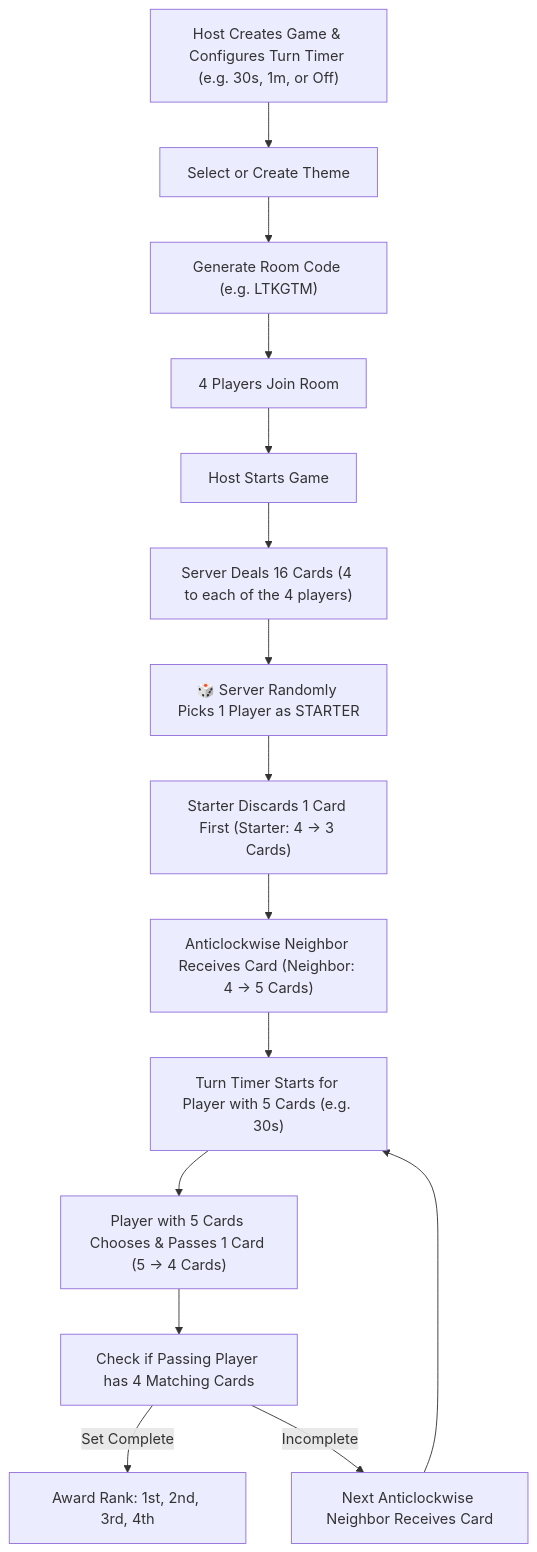
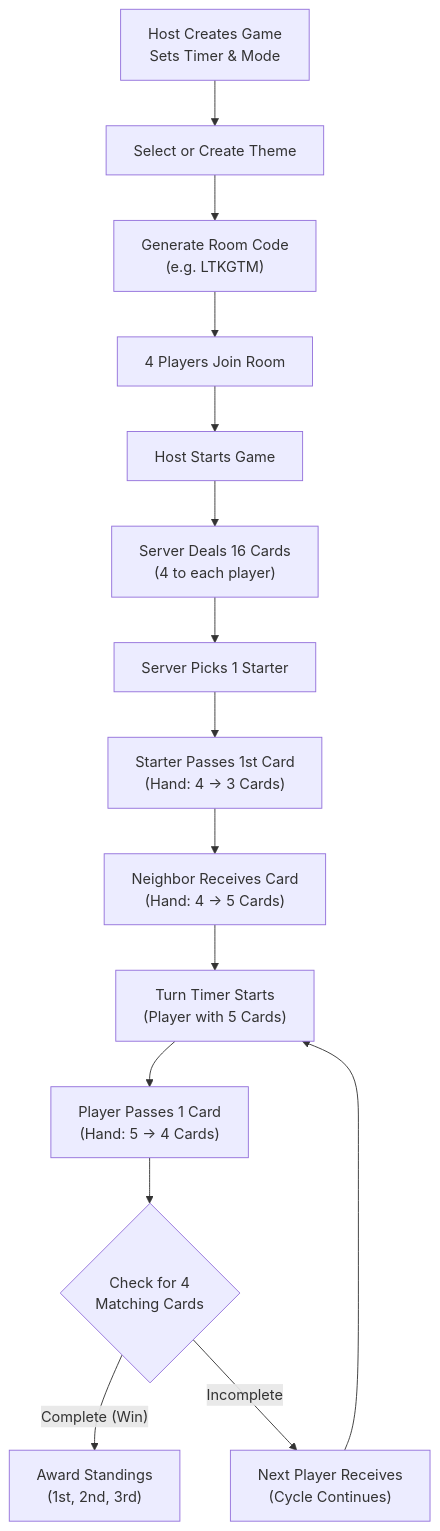
One commit to avnishahlawat/solavin changed the first of 2 diagrams in README.md. Above: the diagram before and after it, drawn with Mermaid. The commit also changed other lines of this file, not shown here.

Commit message:
docs: overhaul README with fixed Mermaid diagrams, Pro Mode rules, and theme guides

````diff
--- a/README.md
+++ b/README.md
@@ -21,17 +48,17 @@
 ```mermaid
 flowchart TD
-    A["Host Creates Game & Configures Turn Timer (e.g. 30s, 1m, or Off)"] --> B["Select or Create Theme"]
-    B --> C["Generate Room Code (e.g. LTKGTM)"]
+    A["Host Creates Game<br/>Sets Timer & Mode"] --> B["Select or Create Theme"]
+    B --> C["Generate Room Code<br/>(e.g. LTKGTM)"]
     C --> D["4 Players Join Room"]
     D --> E["Host Starts Game"]
-    E --> F["Server Deals 16 Cards (4 to each of the 4 players)"]
-    F --> G["🎲 Server Randomly Picks 1 Player as STARTER"]
-    G --> H["Starter Discards 1 Card First (Starter: 4 → 3 Cards)"]
-    H --> I["Anticlockwise Neighbor Receives Card (Neighbor: 4 → 5 Cards)"]
-    I --> J["Turn Timer Starts for Player with 5 Cards (e.g. 30s)"]
-    J --> K["Player with 5 Cards Chooses & Passes 1 Card (5 → 4 Cards)"]
-    K --> L["Check if Passing Player has 4 Matching Cards"]
-    L -- Set Complete --> M["Award Rank: 1st, 2nd, 3rd, 4th"]
-    L -- Incomplete --> N["Next Anticlockwise Neighbor Receives Card"]
+    E --> F["Server Deals 16 Cards<br/>(4 to each player)"]
+    F --> G["Server Picks 1 Starter"]
+    G --> H["Starter Passes 1st Card<br/>(Hand: 4 → 3 Cards)"]
+    H --> I["Neighbor Receives Card<br/>(Hand: 4 → 5 Cards)"]
+    I --> J["Turn Timer Starts<br/>(Player with 5 Cards)"]
+    J --> K["Player Passes 1 Card<br/>(Hand: 5 → 4 Cards)"]
+    K --> L{"Check for 4<br/>Matching Cards"}
+    L -- "Complete (Win)" --> M["Award Standings<br/>(1st, 2nd, 3rd)"]
+    L -- "Incomplete" --> N["Next Player Receives<br/>(Cycle Continues)"]
     N --> J
 ```
````
